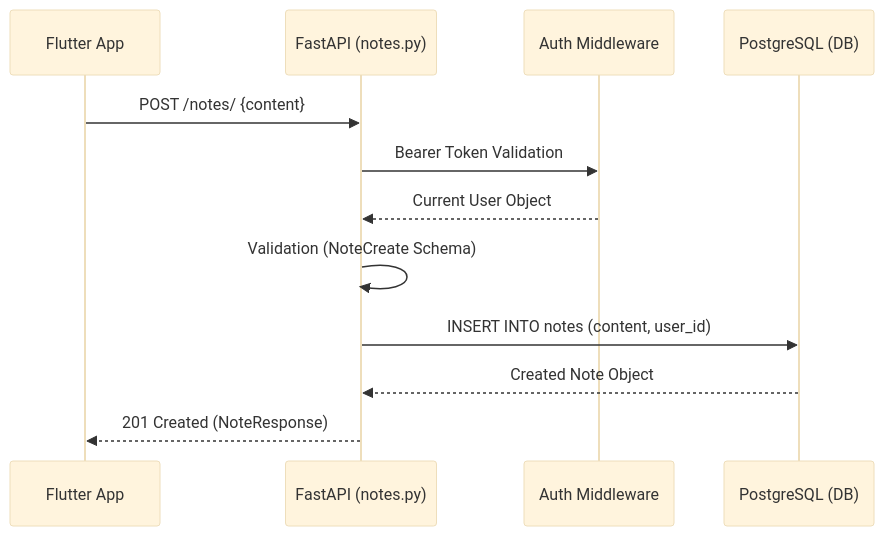
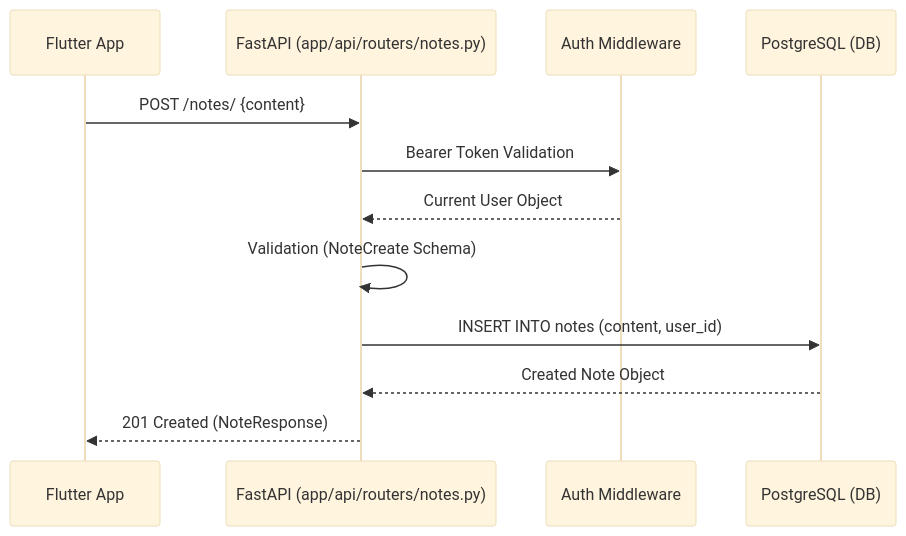
The third of 7 diagrams in documentation/backend/BACKEND.md (siddhant-debug/brain-dump), drawn with Mermaid (base theme) before and after one commit. The commit also changed other lines of this file and 24 other files, not shown here.

````diff
--- a/documentation/backend/BACKEND.md
+++ b/documentation/backend/BACKEND.md
@@ -99,15 +99,15 @@
 ```mermaid
 sequenceDiagram
     participant App as Flutter App
-    participant API as FastAPI (notes.py)
+    participant API as FastAPI (app/api/routers/notes.py)
     participant Auth as Auth Middleware
     participant DB as PostgreSQL (DB)
 
     App->>API: POST /notes/ {content}
     API->>Auth: Bearer Token Validation
     Auth-->>API: Current User Object
     API->>API: Validation (NoteCreate Schema)
     API->>DB: INSERT INTO notes (content, user_id)
     DB-->>API: Created Note Object
     API-->>App: 201 Created (NoteResponse)
 ```
````
